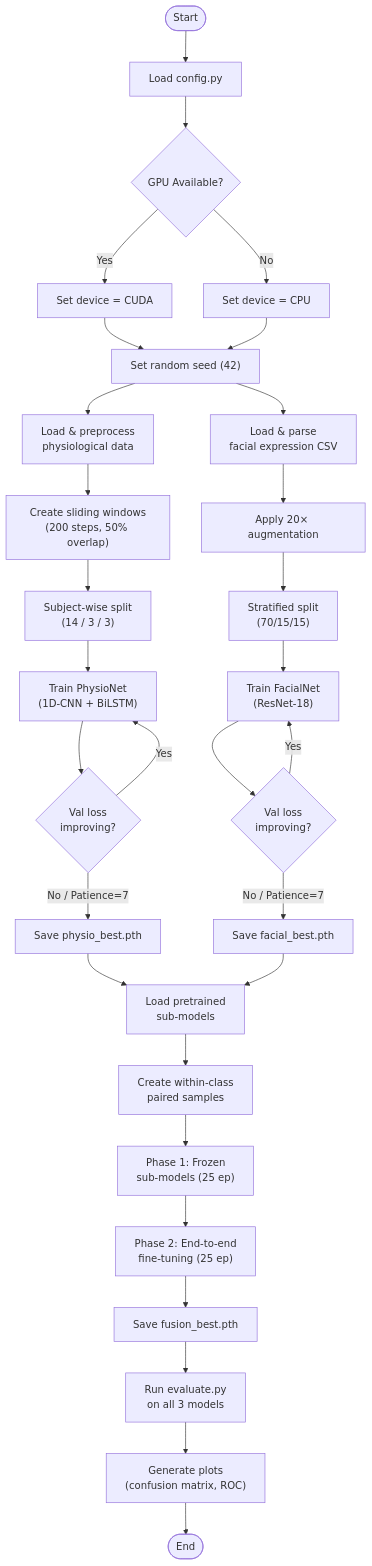
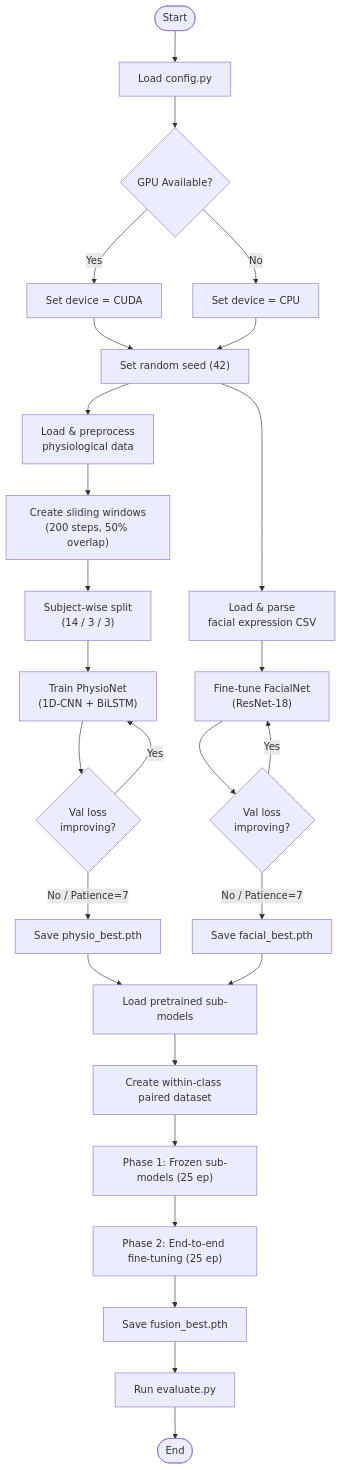
One commit to Yuvi-Sharma07/Capstone changed the third of 3 diagrams in README.md. Above: the diagram before and after it, drawn with Mermaid. The commit also changed other lines of this file, not shown here.

````diff
--- a/README.md
+++ b/README.md
@@ -195,35 +224,32 @@
 ```mermaid
 graph TD
     Start([Start]) --> A["Load config.py"]
     A --> B{"GPU Available?"}
     B -->|Yes| C["Set device = CUDA"]
     B -->|No| D["Set device = CPU"]
     C --> E["Set random seed (42)"]
     D --> E
 
     E --> F["Load & preprocess<br/>physiological data"]
     F --> G["Create sliding windows<br/>(200 steps, 50% overlap)"]
     G --> H["Subject-wise split<br/>(14 / 3 / 3)"]
     H --> I["Train PhysioNet<br/>(1D-CNN + BiLSTM)"]
     I --> J{"Val loss<br/>improving?"}
     J -->|Yes| I
     J -->|No / Patience=7| K["Save physio_best.pth"]
 
     E --> L["Load & parse<br/>facial expression CSV"]
-    L --> M["Apply 20× augmentation"]
-    M --> N["Stratified split<br/>(70/15/15)"]
-    N --> O["Train FacialNet<br/>(ResNet-18)"]
-    O --> P{"Val loss<br/>improving?"}
-    P -->|Yes| O
-    P -->|No / Patience=7| Q["Save facial_best.pth"]
+    L --> M["Fine-tune FacialNet<br/>(ResNet-18)"]
+    M --> N{"Val loss<br/>improving?"}
+    N -->|Yes| M
+    N -->|No / Patience=7| O["Save facial_best.pth"]
 
-    K --> R["Load pretrained<br/>sub-models"]
-    Q --> R
-    R --> S["Create within-class<br/>paired samples"]
-    S --> T["Phase 1: Frozen<br/>sub-models (25 ep)"]
-    T --> U["Phase 2: End-to-end<br/>fine-tuning (25 ep)"]
-    U --> V["Save fusion_best.pth"]
-    V --> W["Run evaluate.py<br/>on all 3 models"]
-    W --> X["Generate plots<br/>(confusion matrix, ROC)"]
-    X --> End([End])
+    K --> P["Load pretrained sub-models"]
+    O --> P
+    P --> Q["Create within-class paired dataset"]
+    Q --> R["Phase 1: Frozen sub-models (25 ep)"]
+    R --> S["Phase 2: End-to-end fine-tuning (25 ep)"]
+    S --> T["Save fusion_best.pth"]
+    T --> U["Run evaluate.py"]
+    U --> End([End])
 ```
````
